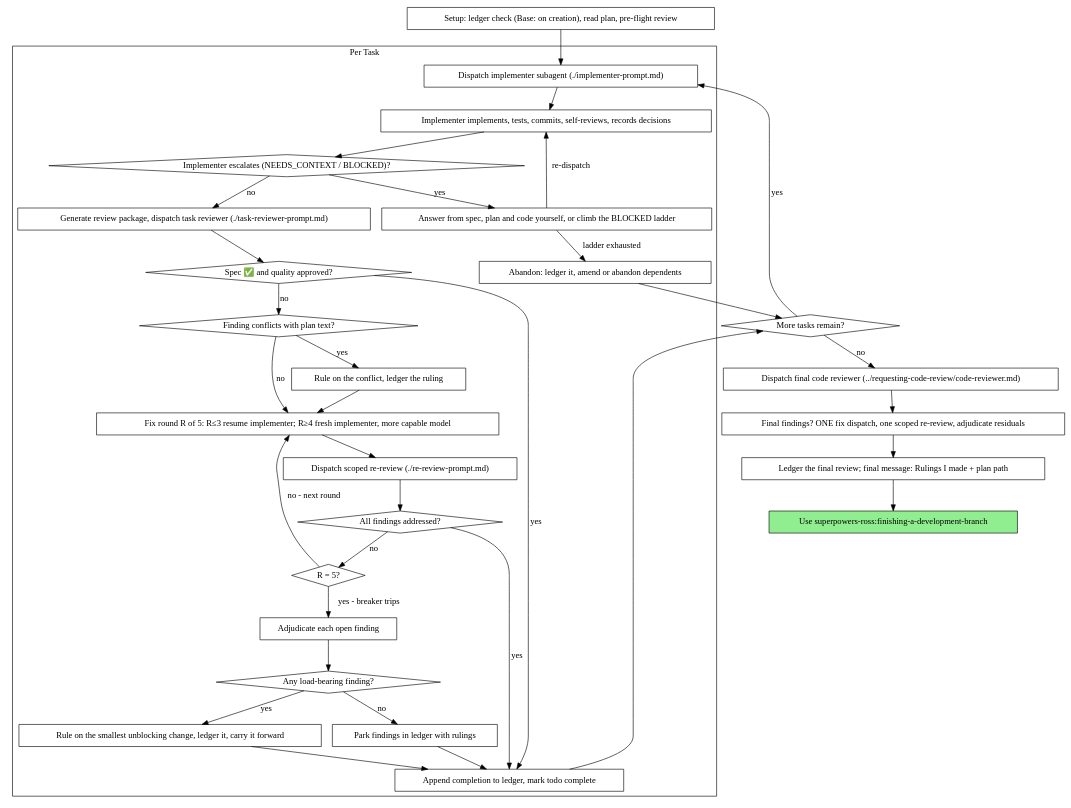
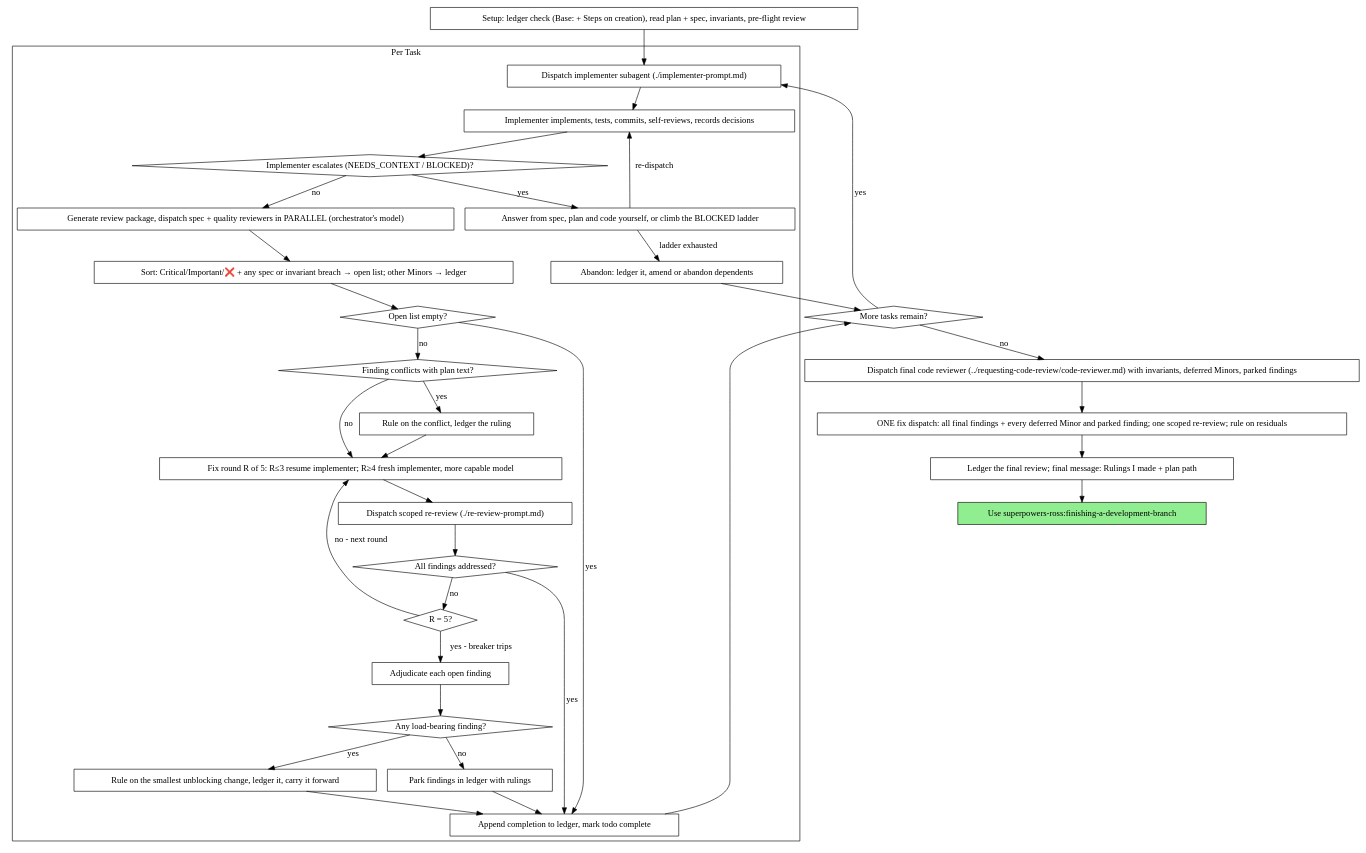
One commit to rossturner/superpowers changed the second of 2 diagrams in skills/subagent-driven-development/SKILL.md. Above: the diagram before and after it, drawn with Graphviz. The commit also changed other lines of this file and 15 other files, not shown here.

First line of the commit message:
feat: step lists, invariants and two parallel reviewers in SDD

````diff
--- a/skills/subagent-driven-development/SKILL.md
+++ b/skills/subagent-driven-development/SKILL.md
@@ -73,66 +93,68 @@
 ```dot
 digraph process {
     rankdir=TB;
 
     subgraph cluster_per_task {
         label="Per Task";
         "Dispatch implementer subagent (./implementer-prompt.md)" [shape=box];
         "Implementer implements, tests, commits, self-reviews, records decisions" [shape=box];
         "Implementer escalates (NEEDS_CONTEXT / BLOCKED)?" [shape=diamond];
         "Answer from spec, plan and code yourself, or climb the BLOCKED ladder" [shape=box];
         "Abandon: ledger it, amend or abandon dependents" [shape=box];
-        "Generate review package, dispatch task reviewer (./task-reviewer-prompt.md)" [shape=box];
-        "Spec ✅ and quality approved?" [shape=diamond];
+        "Generate review package, dispatch spec + quality reviewers in PARALLEL (orchestrator's model)" [shape=box];
+        "Sort: Critical/Important/❌ + any spec or invariant breach → open list; other Minors → ledger" [shape=box];
+        "Open list empty?" [shape=diamond];
         "Finding conflicts with plan text?" [shape=diamond];
         "Rule on the conflict, ledger the ruling" [shape=box];
         "Fix round R of 5: R≤3 resume implementer; R≥4 fresh implementer, more capable model" [shape=box];
         "Dispatch scoped re-review (./re-review-prompt.md)" [shape=box];
         "All findings addressed?" [shape=diamond];
         "R = 5?" [shape=diamond];
         "Adjudicate each open finding" [shape=box];
         "Any load-bearing finding?" [shape=diamond];
         "Rule on the smallest unblocking change, ledger it, carry it forward" [shape=box];
         "Park findings in ledger with rulings" [shape=box];
         "Append completion to ledger, mark todo complete" [shape=box];
     }
 
-    "Setup: ledger check (Base: on creation), read plan, pre-flight review" [shape=box];
+    "Setup: ledger check (Base: + Steps on creation), read plan + spec, invariants, pre-flight review" [shape=box];
     "More tasks remain?" [shape=diamond];
-    "Dispatch final code reviewer (../requesting-code-review/code-reviewer.md)" [shape=box];
-    "Final findings? ONE fix dispatch, one scoped re-review, adjudicate residuals" [shape=box];
+    "Dispatch final code reviewer (../requesting-code-review/code-reviewer.md) with invariants, deferred Minors, parked findings" [shape=box];
+    "ONE fix dispatch: all final findings + every deferred Minor and parked finding; one scoped re-review; rule on residuals" [shape=box];
     "Ledger the final review; final message: Rulings I made + plan path" [shape=box];
     "Use superpowers-ross:finishing-a-development-branch" [shape=box style=filled fillcolor=lightgreen];
 
-    "Setup: ledger check (Base: on creation), read plan, pre-flight review" -> "Dispatch implementer subagent (./implementer-prompt.md)";
+    "Setup: ledger check (Base: + Steps on creation), read plan + spec, invariants, pre-flight review" -> "Dispatch implementer subagent (./implementer-prompt.md)";
     "Dispatch implementer subagent (./implementer-prompt.md)" -> "Implementer implements, tests, commits, self-reviews, records decisions";
     "Implementer implements, tests, commits, self-reviews, records decisions" -> "Implementer escalates (NEEDS_CONTEXT / BLOCKED)?";
     "Implementer escalates (NEEDS_CONTEXT / BLOCKED)?" -> "Answer from spec, plan and code yourself, or climb the BLOCKED ladder" [label="yes"];
     "Answer from spec, plan and code yourself, or climb the BLOCKED ladder" -> "Implementer implements, tests, commits, self-reviews, records decisions" [label="re-dispatch"];
     "Answer from spec, plan and code yourself, or climb the BLOCKED ladder" -> "Abandon: ledger it, amend or abandon dependents" [label="ladder exhausted"];
     "Abandon: ledger it, amend or abandon dependents" -> "More tasks remain?";
-    "Implementer escalates (NEEDS_CONTEXT / BLOCKED)?" -> "Generate review package, dispatch task reviewer (./task-reviewer-prompt.md)" [label="no"];
-    "Generate review package, dispatch task reviewer (./task-reviewer-prompt.md)" -> "Spec ✅ and quality approved?";
-    "Spec ✅ and quality approved?" -> "Append completion to ledger, mark todo complete" [label="yes"];
-    "Spec ✅ and quality approved?" -> "Finding conflicts with plan text?" [label="no"];
+    "Implementer escalates (NEEDS_CONTEXT / BLOCKED)?" -> "Generate review package, dispatch spec + quality reviewers in PARALLEL (orchestrator's model)" [label="no"];
+    "Generate review package, dispatch spec + quality reviewers in PARALLEL (orchestrator's model)" -> "Sort: Critical/Important/❌ + any spec or invariant breach → open list; other Minors → ledger";
+    "Sort: Critical/Important/❌ + any spec or invariant breach → open list; other Minors → ledger" -> "Open list empty?";
+    "Open list empty?" -> "Append completion to ledger, mark todo complete" [label="yes"];
+    "Open list empty?" -> "Finding conflicts with plan text?" [label="no"];
     "Finding conflicts with plan text?" -> "Rule on the conflict, ledger the ruling" [label="yes"];
     "Rule on the conflict, ledger the ruling" -> "Fix round R of 5: R≤3 resume implementer; R≥4 fresh implementer, more capable model";
     "Finding conflicts with plan text?" -> "Fix round R of 5: R≤3 resume implementer; R≥4 fresh implementer, more capable model" [label="no"];
     "Fix round R of 5: R≤3 resume implementer; R≥4 fresh implementer, more capable model" -> "Dispatch scoped re-review (./re-review-prompt.md)";
     "Dispatch scoped re-review (./re-review-prompt.md)" -> "All findings addressed?";
     "All findings addressed?" -> "Append completion to ledger, mark todo complete" [label="yes"];
     "All findings addressed?" -> "R = 5?" [label="no"];
     "R = 5?" -> "Fix round R of 5: R≤3 resume implementer; R≥4 fresh implementer, more capable model" [label="no - next round"];
     "R = 5?" -> "Adjudicate each open finding" [label="yes - breaker trips"];
     "Adjudicate each open finding" -> "Any load-bearing finding?";
     "Any load-bearing finding?" -> "Rule on the smallest unblocking change, ledger it, carry it forward" [label="yes"];
     "Rule on the smallest unblocking change, ledger it, carry it forward" -> "Append completion to ledger, mark todo complete";
     "Any load-bearing finding?" -> "Park findings in ledger with rulings" [label="no"];
     "Park findings in ledger with rulings" -> "Append completion to ledger, mark todo complete";
     "Append completion to ledger, mark todo complete" -> "More tasks remain?";
     "More tasks remain?" -> "Dispatch implementer subagent (./implementer-prompt.md)" [label="yes"];
-    "More tasks remain?" -> "Dispatch final code reviewer (../requesting-code-review/code-reviewer.md)" [label="no"];
-    "Dispatch final code reviewer (../requesting-code-review/code-reviewer.md)" -> "Final findings? ONE fix dispatch, one scoped re-review, adjudicate residuals";
-    "Final findings? ONE fix dispatch, one scoped re-review, adjudicate residuals" -> "Ledger the final review; final message: Rulings I made + plan path";
+    "More tasks remain?" -> "Dispatch final code reviewer (../requesting-code-review/code-reviewer.md) with invariants, deferred Minors, parked findings" [label="no"];
+    "Dispatch final code reviewer (../requesting-code-review/code-reviewer.md) with invariants, deferred Minors, parked findings" -> "ONE fix dispatch: all final findings + every deferred Minor and parked finding; one scoped re-review; rule on residuals";
+    "ONE fix dispatch: all final findings + every deferred Minor and parked finding; one scoped re-review; rule on residuals" -> "Ledger the final review; final message: Rulings I made + plan path";
     "Ledger the final review; final message: Rulings I made + plan path" -> "Use superpowers-ross:finishing-a-development-branch";
 }
 ```
````
